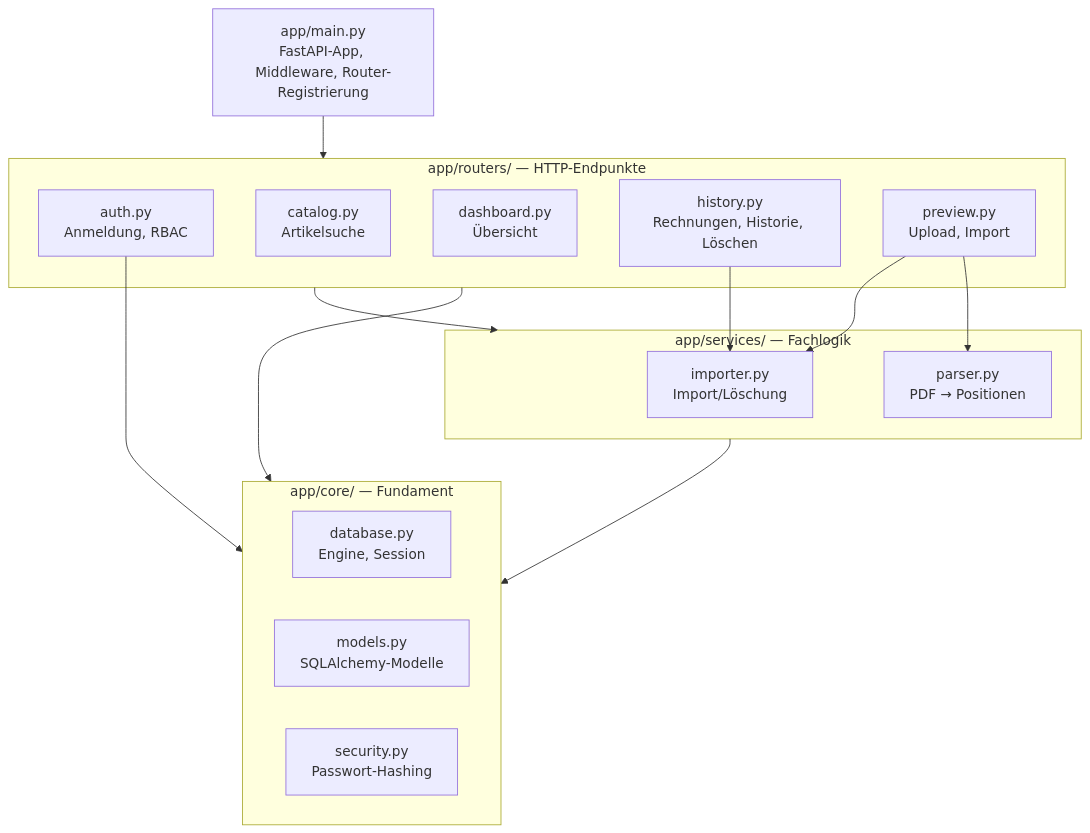
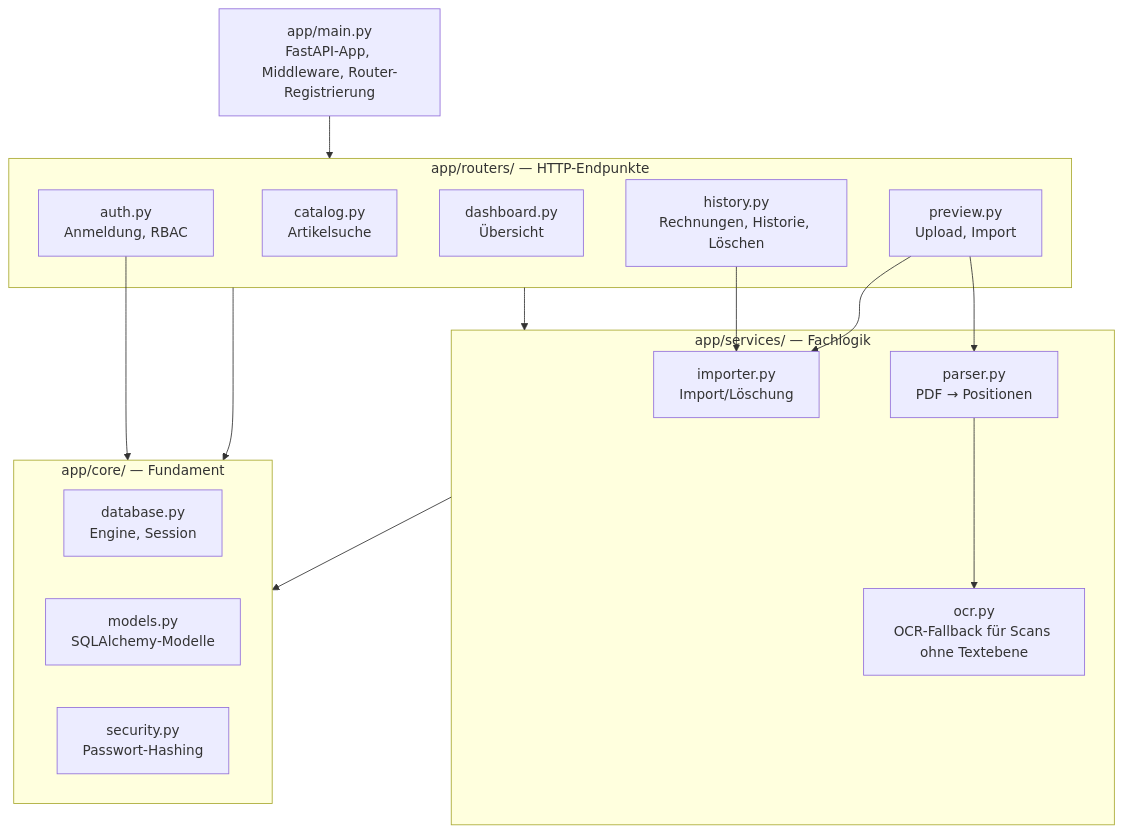
Before and after one commit to FreaXz03/sportfabrik-inventory: the first of 2 diagrams in docs/architektur.md, drawn with Mermaid. The commit also changed other lines of this file and 17 other files, not shown here.

````diff
--- a/docs/architektur.md
+++ b/docs/architektur.md
@@ -8,29 +8,31 @@
 ```mermaid
 flowchart TB
     main["app/main.py<br/>FastAPI-App, Middleware, Router-Registrierung"]
     subgraph routers["app/routers/ — HTTP-Endpunkte"]
         auth["auth.py<br/>Anmeldung, RBAC"]
         catalog["catalog.py<br/>Artikelsuche"]
         dashboard["dashboard.py<br/>Übersicht"]
         history["history.py<br/>Rechnungen, Historie, Löschen"]
         preview["preview.py<br/>Upload, Import"]
     end
     subgraph services["app/services/ — Fachlogik"]
         importer["importer.py<br/>Import/Löschung"]
         parser["parser.py<br/>PDF → Positionen"]
+        ocr["ocr.py<br/>OCR-Fallback für Scans ohne Textebene"]
     end
     subgraph core["app/core/ — Fundament"]
         database["database.py<br/>Engine, Session"]
         models["models.py<br/>SQLAlchemy-Modelle"]
         security["security.py<br/>Passwort-Hashing"]
     end
 
     main --> routers
     routers --> services
     routers --> core
     services --> core
     auth --> core
     preview --> importer
     preview --> parser
+    parser --> ocr
     history --> importer
 ```
````
